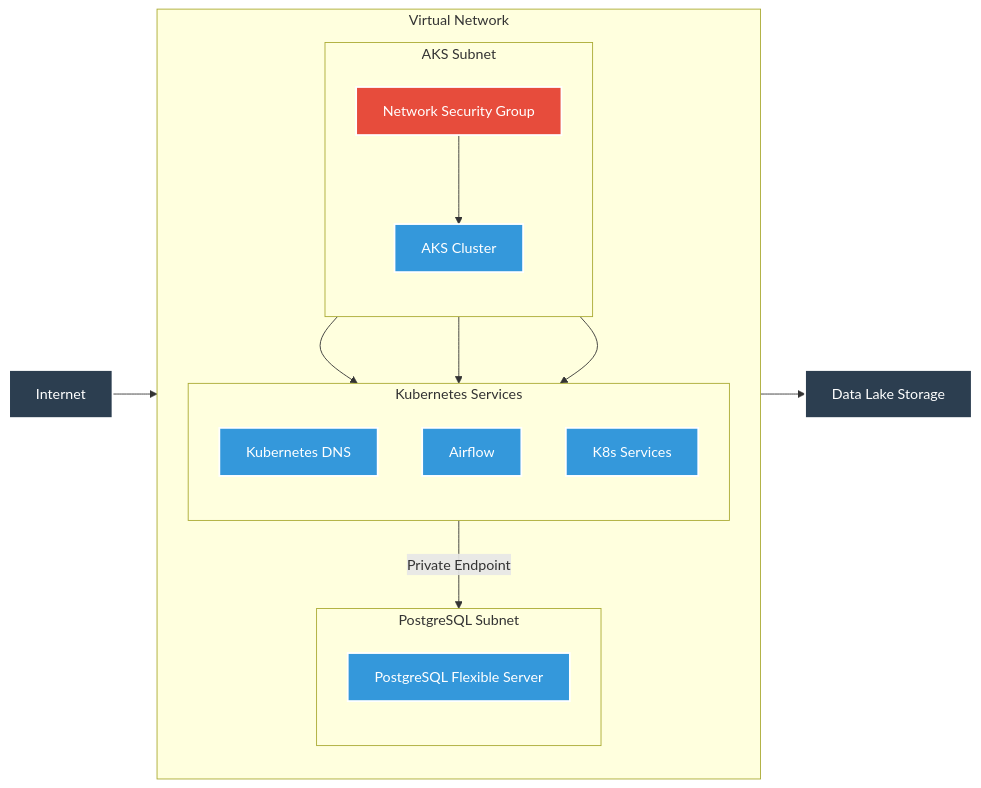
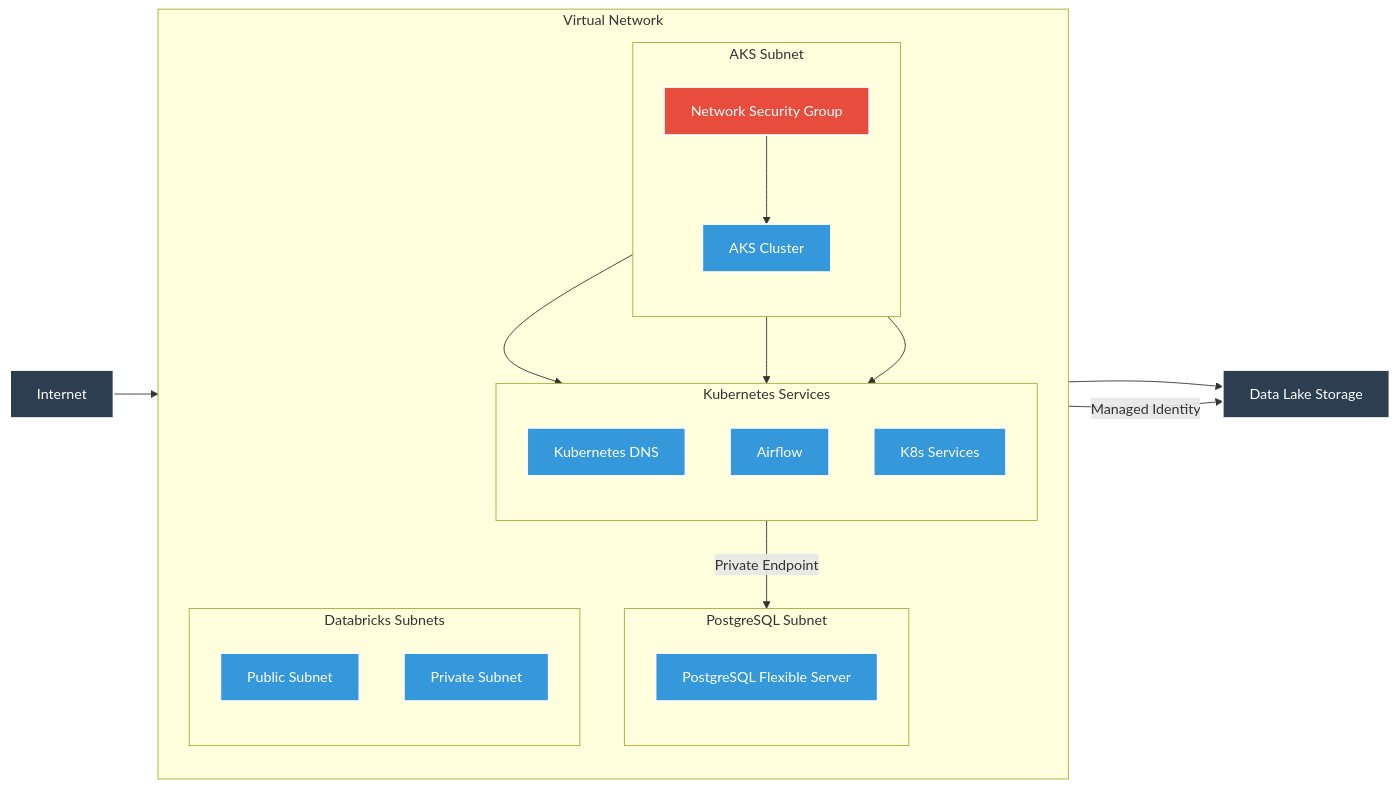
Before and after one commit to waddafunk/the-air-quality-project-infrastructure-as-code: the second of 3 diagrams in README.md, drawn with Mermaid. The commit also changed other lines of this file, not shown here.

````diff
--- a/README.md
+++ b/README.md
@@ -59,39 +73,46 @@
 ```mermaid
 flowchart LR
     subgraph "Virtual Network"
         direction TB
         subgraph "AKS Subnet"
             direction TB
             NSG["Network Security Group"]
             AKS["AKS Cluster"]
         end
         
         subgraph "PostgreSQL Subnet"
             direction TB
             POSTGRES["PostgreSQL Flexible Server"]
+        end
+        
+        subgraph "Databricks Subnets"
+            direction TB
+            DBPUBLIC["Public Subnet"]
+            DBPRIVATE["Private Subnet"]
         end
         
         subgraph "Kubernetes Services"
             direction TB
             DNS["Kubernetes DNS"]
             AIRFLOW["Airflow"]
             SVC["K8s Services"]
         end
     end
     
     Internet --> NSG
     NSG --> AKS
     AKS --> DNS
     AKS --> SVC
     AKS --> AIRFLOW
     AKS --> Storage["Data Lake Storage"]
     AIRFLOW -->|Private Endpoint| POSTGRES
+    AIRFLOW -->|Managed Identity| Storage
     
     classDef network fill:#2C3E50,stroke:#fff,stroke-width:2px,color:#fff
     classDef security fill:#E74C3C,stroke:#fff,stroke-width:2px,color:#fff
     classDef service fill:#3498DB,stroke:#fff,stroke-width:2px,color:#fff
     
     class NSG security
-    class AKS,DNS,AIRFLOW,SVC,POSTGRES service
+    class AKS,DNS,AIRFLOW,SVC,POSTGRES,DBPUBLIC,DBPRIVATE service
     class Internet,Storage network
 ```
````
